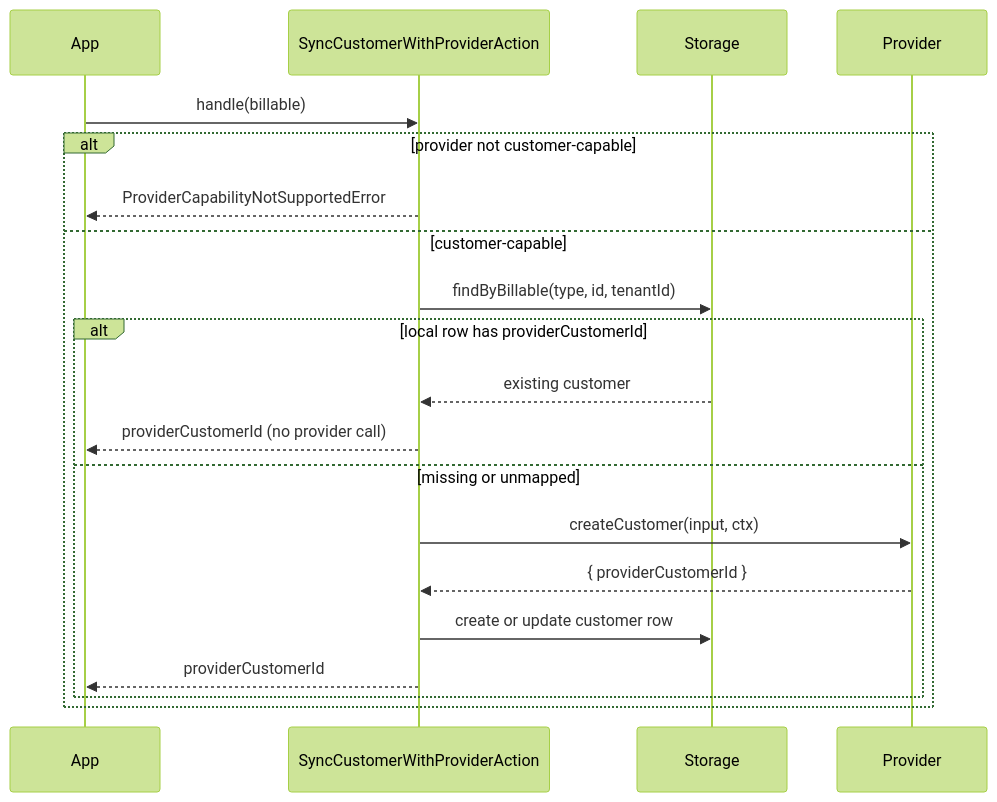
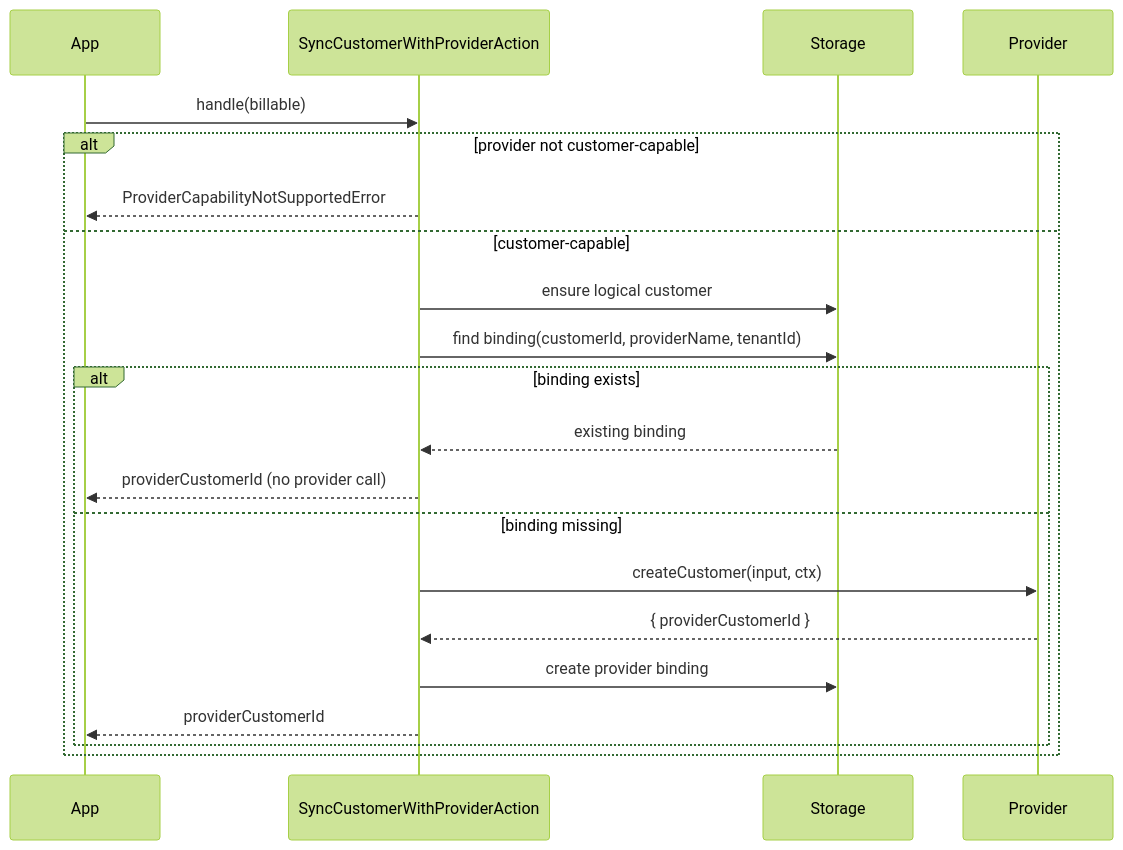
The diagram in _docs_src/features/08-customers-billable.md (kidiatoliny/payable-docs), drawn with Mermaid (forest theme) before and after one commit. The commit also changed other lines of this file and 5 other files, not shown here.

````diff
--- a/_docs_src/features/08-customers-billable.md
+++ b/_docs_src/features/08-customers-billable.md
@@ -118,22 +181,23 @@
 ```mermaid
 sequenceDiagram
     participant App
     participant Sync as SyncCustomerWithProviderAction
     participant Storage
     participant Provider
     App->>Sync: handle(billable)
     alt provider not customer-capable
         Sync-->>App: ProviderCapabilityNotSupportedError
     else customer-capable
-        Sync->>Storage: findByBillable(type, id, tenantId)
-        alt local row has providerCustomerId
-            Storage-->>Sync: existing customer
+        Sync->>Storage: ensure logical customer
+        Sync->>Storage: find binding(customerId, providerName, tenantId)
+        alt binding exists
+            Storage-->>Sync: existing binding
             Sync-->>App: providerCustomerId (no provider call)
-        else missing or unmapped
+        else binding missing
             Sync->>Provider: createCustomer(input, ctx)
             Provider-->>Sync: { providerCustomerId }
-            Sync->>Storage: create or update customer row
+            Sync->>Storage: create provider binding
             Sync-->>App: providerCustomerId
         end
     end
 ```
````
